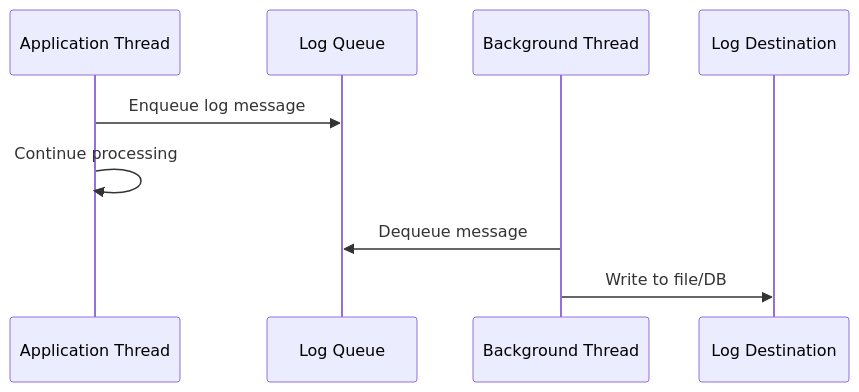
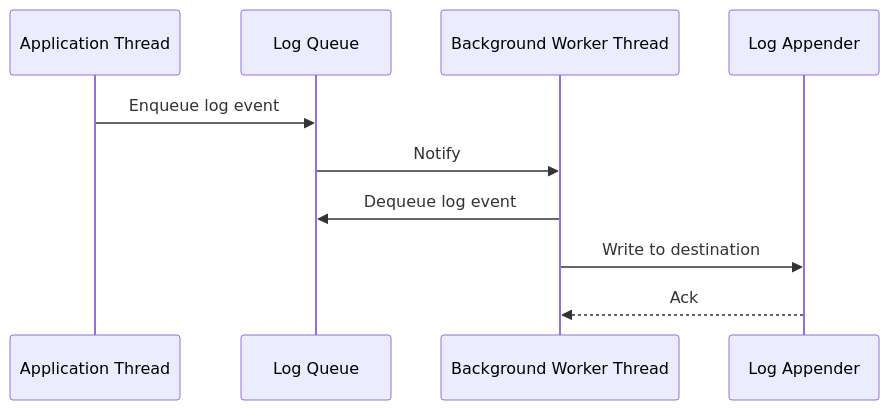
The diagram in async-logging/README.md (VrushankPatel/interview-matters), drawn with Mermaid before and after one commit. The commit also changed other lines of this file and 5 other files, not shown here.

````diff
--- a/async-logging/README.md
+++ b/async-logging/README.md
@@ -33,12 +42,13 @@
 ```mermaid
 sequenceDiagram
     participant App as Application Thread
     participant Queue as Log Queue
-    participant BG as Background Thread
-    participant Dest as Log Destination
+    participant Worker as Background Worker Thread
+    participant Appender as Log Appender
 
-    App->>Queue: Enqueue log message
-    App->>App: Continue processing
-    BG->>Queue: Dequeue message
-    BG->>Dest: Write to file/DB
+    App->>Queue: Enqueue log event
+    Queue->>Worker: Notify
+    Worker->>Queue: Dequeue log event
+    Worker->>Appender: Write to destination
+    Appender-->>Worker: Ack
 ```
````
